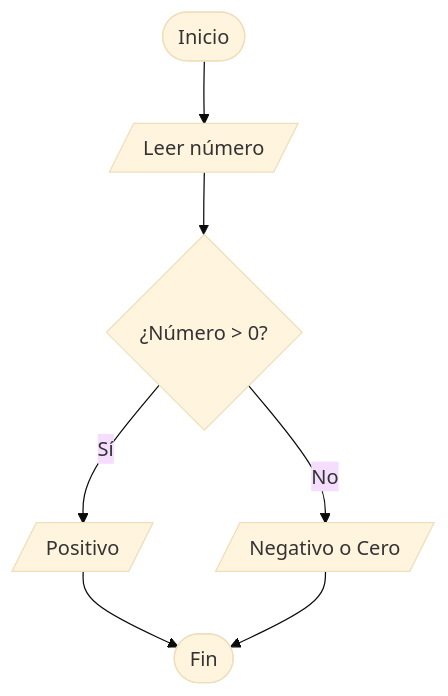
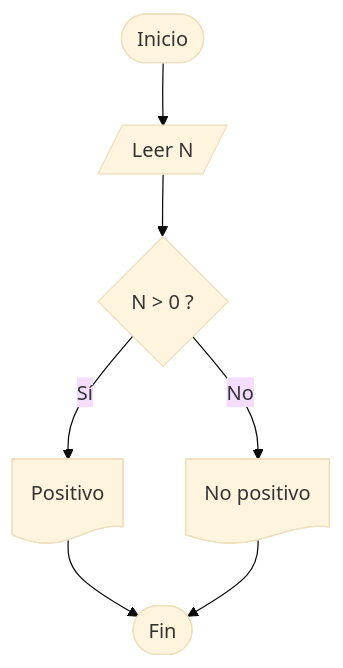
One commit to Abel-DB/Algoritmos-programacion changed diagram 11 of 15 in Tema04_Control/1-instrucciones_control.md. Above: the diagram before and after it, drawn with Mermaid (base theme). The commit also changed other lines of this file, not shown here.

````diff
--- a/Tema04_Control/1-instrucciones_control.md
+++ b/Tema04_Control/1-instrucciones_control.md
@@ -146,15 +196,17 @@
-~~~mermaid
+```mermaid
 flowchart TD
+
 A([Inicio])
-B[/Leer número/]
-C{¿Número > 0?}
-D[/Positivo/]
-E[/Negativo o Cero/]
+B@{ shape: lean-r, label: "Leer N" }
+
+C@{ shape: diamond, label: "N > 0 ?" }
+
+D@{ shape: doc, label: "Positivo" }
+E@{ shape: doc, label: "No positivo" }
+
 F([Fin])
 
 A --> B --> C
-C -->|Sí| D
-C -->|No| E
-D --> F
-E --> F
-~~~
+C -->|Sí| D --> F
+C -->|No| E --> F
+```
````
